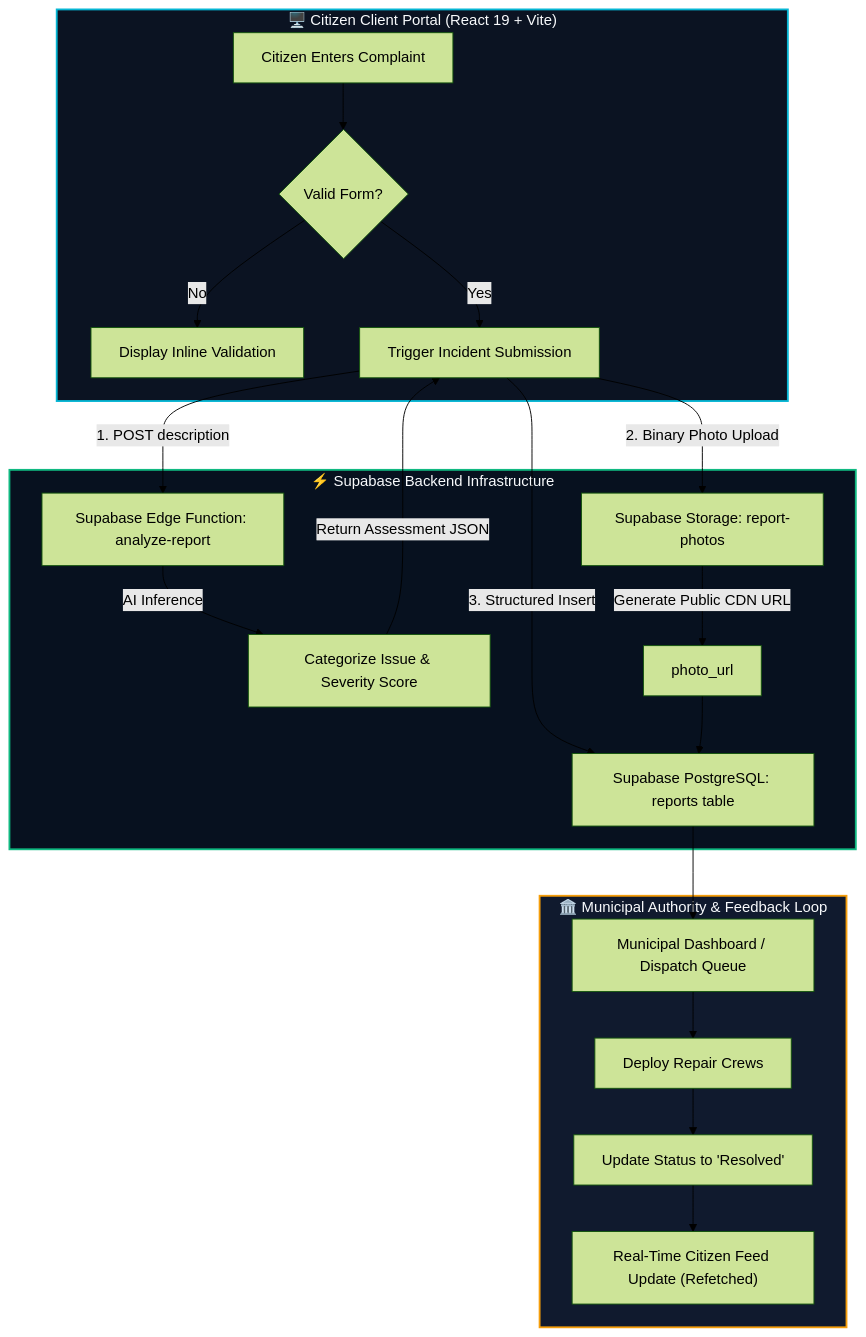
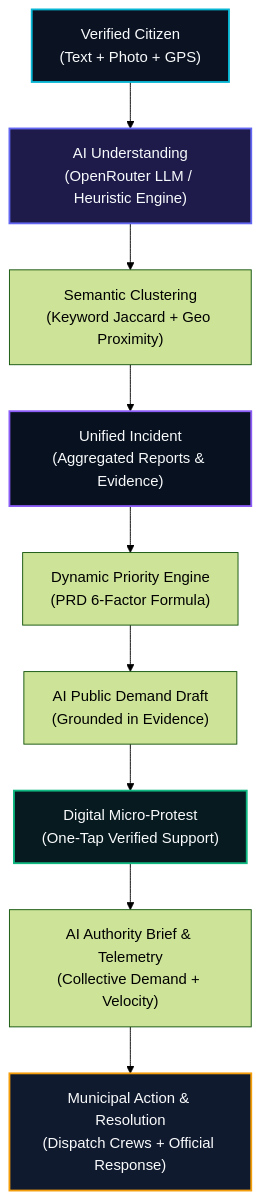
The first of 2 diagrams in README.md (dyutimaymondal/CivicShield), drawn with Mermaid (forest theme) before and after one commit. The commit also changed other lines of this file and 26 other files, not shown here.

First line of the commit message:
feat: implement Digital Micro-Protest, Dynamic Priority, Leaflet Map, and OpenRouter AI engine

````diff
--- a/README.md
+++ b/README.md
@@ -47,31 +118,17 @@
 ```mermaid
 flowchart TD
-    subgraph Client["🖥️ Citizen Client Portal (React 19 + Vite)"]
-        A[Citizen Enters Complaint] --> B{Valid Form?}
-        B -- No --> C[Display Inline Validation]
-        B -- Yes --> D[Trigger Incident Submission]
-    end
+    A["Verified Citizen\n(Text + Photo + GPS)"] --> B["AI Understanding\n(OpenRouter LLM / Heuristic Engine)"]
+    B --> C["Semantic Clustering\n(Keyword Jaccard + Geo Proximity)"]
+    C --> D["Unified Incident\n(Aggregated Reports & Evidence)"]
+    D --> E["Dynamic Priority Engine\n(PRD 6-Factor Formula)"]
+    E --> F["AI Public Demand Draft\n(Grounded in Evidence)"]
+    F --> G["Digital Micro-Protest\n(One-Tap Verified Support)"]
+    G --> H["AI Authority Brief & Telemetry\n(Collective Demand + Velocity)"]
+    H --> I["Municipal Action & Resolution\n(Dispatch Crews + Official Response)"]
 
-    subgraph Supabase["⚡ Supabase Backend Infrastructure"]
-        D -->|1. POST description| E["Supabase Edge Function: analyze-report"]
-        E -->|AI Inference| F[Categorize Issue & Severity Score]
-        F -->|Return Assessment JSON| D
-
-        D -->|2. Binary Photo Upload| G["Supabase Storage: report-photos"]
-        G -->|Generate Public CDN URL| H[photo_url]
-
-        D -->|3. Structured Insert| I["Supabase PostgreSQL: reports table"]
-        H --> I
-    end
-
-    subgraph Authority["🏛️ Municipal Authority & Feedback Loop"]
-        I --> J["Municipal Dashboard / Dispatch Queue"]
-        J --> K[Deploy Repair Crews]
-        K --> L[Update Status to 'Resolved']
-        L --> M["Real-Time Citizen Feed Update (Refetched)"]
-    end
-
-    style Client fill:#0b1322,stroke:#06b6d4,stroke-width:2px,color:#f8fafc
-    style Supabase fill:#07111f,stroke:#10b981,stroke-width:2px,color:#f8fafc
-    style Authority fill:#101a2e,stroke:#f59e0b,stroke-width:2px,color:#f8fafc
+    style A fill:#0b1322,stroke:#06b6d4,stroke-width:2px,color:#f8fafc
+    style B fill:#1e1b4b,stroke:#6366f1,stroke-width:2px,color:#f8fafc
+    style D fill:#07111f,stroke:#8b5cf6,stroke-width:2px,color:#f8fafc
+    style G fill:#071a1f,stroke:#10b981,stroke-width:2px,color:#f8fafc
+    style I fill:#101a2e,stroke:#f59e0b,stroke-width:2px,color:#f8fafc
 ```
````
